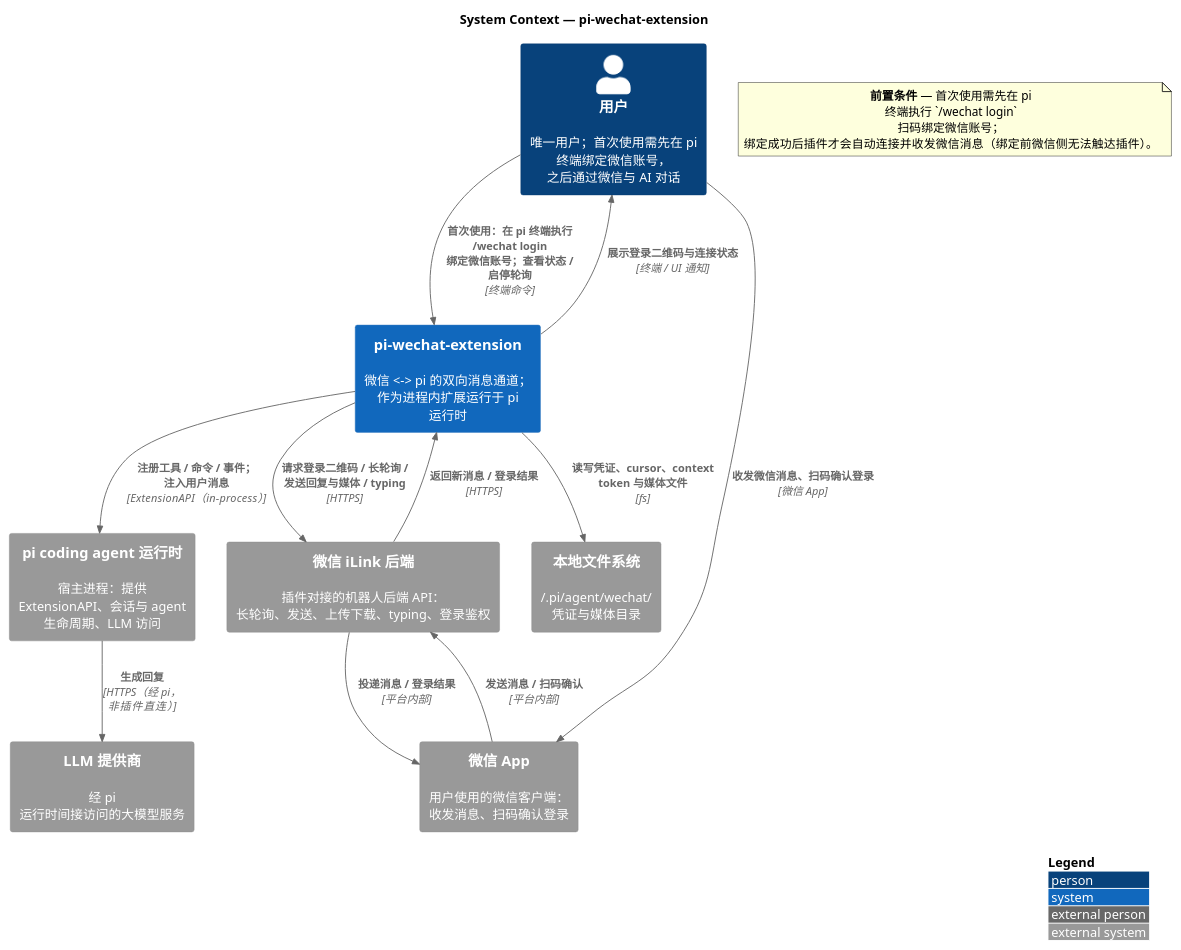
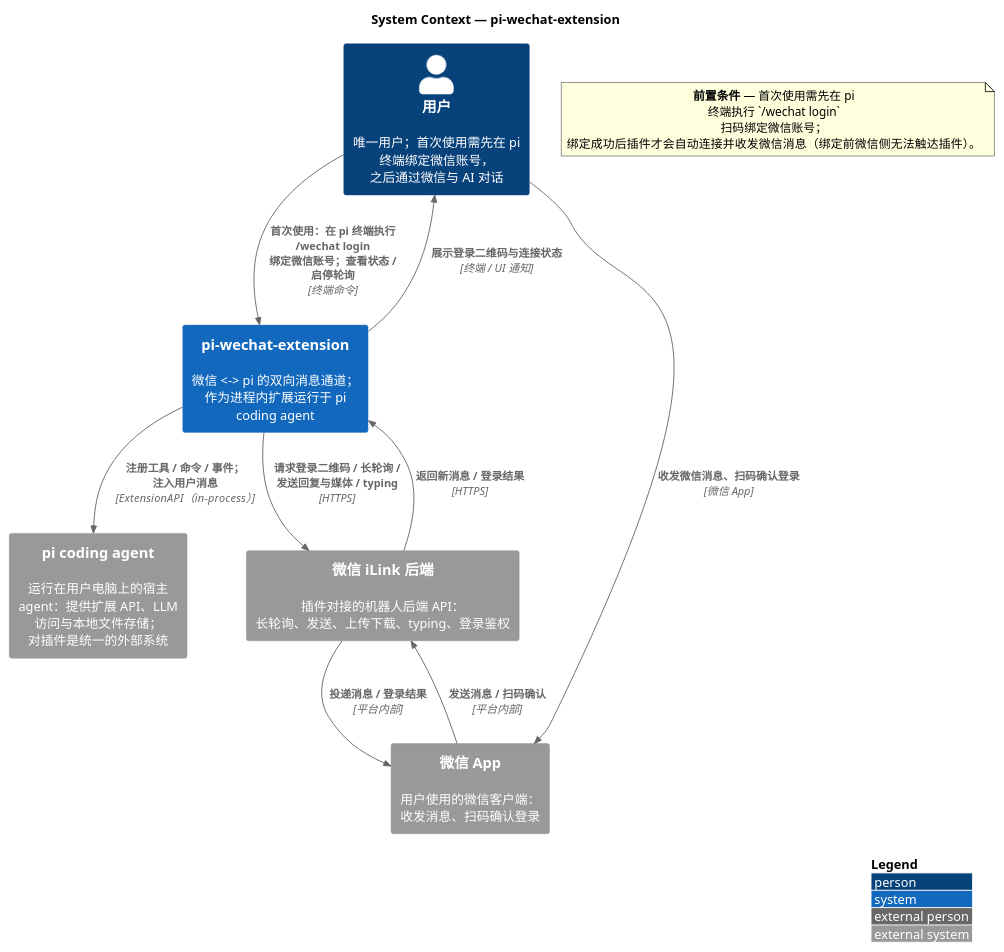
One commit to MemoryIt/pi-wechat-extension changed the diagram in docs/c4/01-context.puml. Above: the diagram before and after it, drawn with PlantUML.

Commit message:
docs(c4): merge pi runtime/fs/LLM into single external system

```diff
--- a/docs/c4/01-context.puml
+++ b/docs/c4/01-context.puml
@@ -1,56 +1,53 @@
 @startuml
 ' ============================================================================
 ' C4 Level 1 - System Context
 ' 系统：pi-wechat-extension（将微信接入 pi coding agent 的双向消息通道）
 '
 ' 事实来源：docs/ARCHITECTURE.md
 ' 说明：本图为 Context 层，仅描述系统边界与外部角色/外部系统，
 '       不描述插件内部结构（见 03-components.puml）。
 ' 角色模型：只有「用户」一个 Person；微信是外部平台（拆分为 App 与 iLink 后端）。
+' 外部系统：pi coding agent 作为整体（其运行时/文件存储/LLM 细节不在本层暴露）。
 ' ============================================================================
 
 !include <C4/C4_Context>
 ' 若本地 PlantUML 未内置 C4 stdlib，可改用：
 ' !include https://raw.githubusercontent.com/plantuml-stdlib/C4-PlantUML/master/C4_Context.puml
 
 title System Context — pi-wechat-extension
 
 ' --- 角色（Person，唯一）-------------------------------------------------
 Person(user, "用户", "唯一用户；首次使用需先在 pi 终端绑定微信账号，之后通过微信与 AI 对话")
 
 ' --- 系统（System of interest）-------------------------------------------
-System(plugin, "pi-wechat-extension", "微信 <-> pi 的双向消息通道；作为进程内扩展运行于 pi 运行时")
+System(plugin, "pi-wechat-extension", "微信 <-> pi 的双向消息通道；作为进程内扩展运行于 pi coding agent")
 
 ' --- 外部系统（System_Ext）-----------------------------------------------
-System_Ext(piRuntime, "pi coding agent 运行时", "宿主进程：提供 ExtensionAPI、会话与 agent 生命周期、LLM 访问")
+System_Ext(piAgent, "pi coding agent", "运行在用户电脑上的宿主 agent：提供扩展 API、LLM 访问与本地文件存储；对插件是统一的外部系统")
 System_Ext(wechatApp, "微信 App", "用户使用的微信客户端：收发消息、扫码确认登录")
 System_Ext(ilinkBackend, "微信 iLink 后端", "插件对接的机器人后端 API：长轮询、发送、上传下载、typing、登录鉴权")
-System_Ext(fileSystem, "本地文件系统", "~/.pi/agent/wechat/ 凭证与媒体目录")
-System_Ext(llmProvider, "LLM 提供商", "经 pi 运行时间接访问的大模型服务")
 
 ' --- 关系（Rel）----------------------------------------------------------
 ' 终端路径：绑定账号与管理
 Rel(user, plugin, "首次使用：在 pi 终端执行 /wechat login 绑定微信账号；查看状态 / 启停轮询", "终端命令")
 Rel(plugin, user, "展示登录二维码与连接状态", "终端 / UI 通知")
 
 ' 微信路径：聊天（消息经微信平台内部路由）
 Rel(user, wechatApp, "收发微信消息、扫码确认登录", "微信 App")
 Rel(wechatApp, ilinkBackend, "发送消息 / 扫码确认", "平台内部")
 Rel(ilinkBackend, wechatApp, "投递消息 / 登录结果", "平台内部")
 
 Rel(plugin, ilinkBackend, "请求登录二维码 / 长轮询 / 发送回复与媒体 / typing", "HTTPS")
 Rel(ilinkBackend, plugin, "返回新消息 / 登录结果", "HTTPS")
 
-' 宿主与基础设施
-Rel(plugin, piRuntime, "注册工具 / 命令 / 事件；注入用户消息", "ExtensionAPI（in-process）")
-Rel(plugin, fileSystem, "读写凭证、cursor、context token 与媒体文件", "fs")
-Rel(piRuntime, llmProvider, "生成回复", "HTTPS（经 pi，非插件直连）")
+' 宿主：插件与 pi coding agent 的交互
+Rel(plugin, piAgent, "注册工具 / 命令 / 事件；注入用户消息", "ExtensionAPI（in-process）")
 
 ' --- 前置说明 ------------------------------------------------------------
 note as Precondition
   **前置条件** — 首次使用需先在 pi 终端执行 `/wechat login` 扫码绑定微信账号；
   绑定成功后插件才会自动连接并收发微信消息（绑定前微信侧无法触达插件）。
 end note
 
 LAYOUT_WITH_LEGEND()
 @enduml
```
